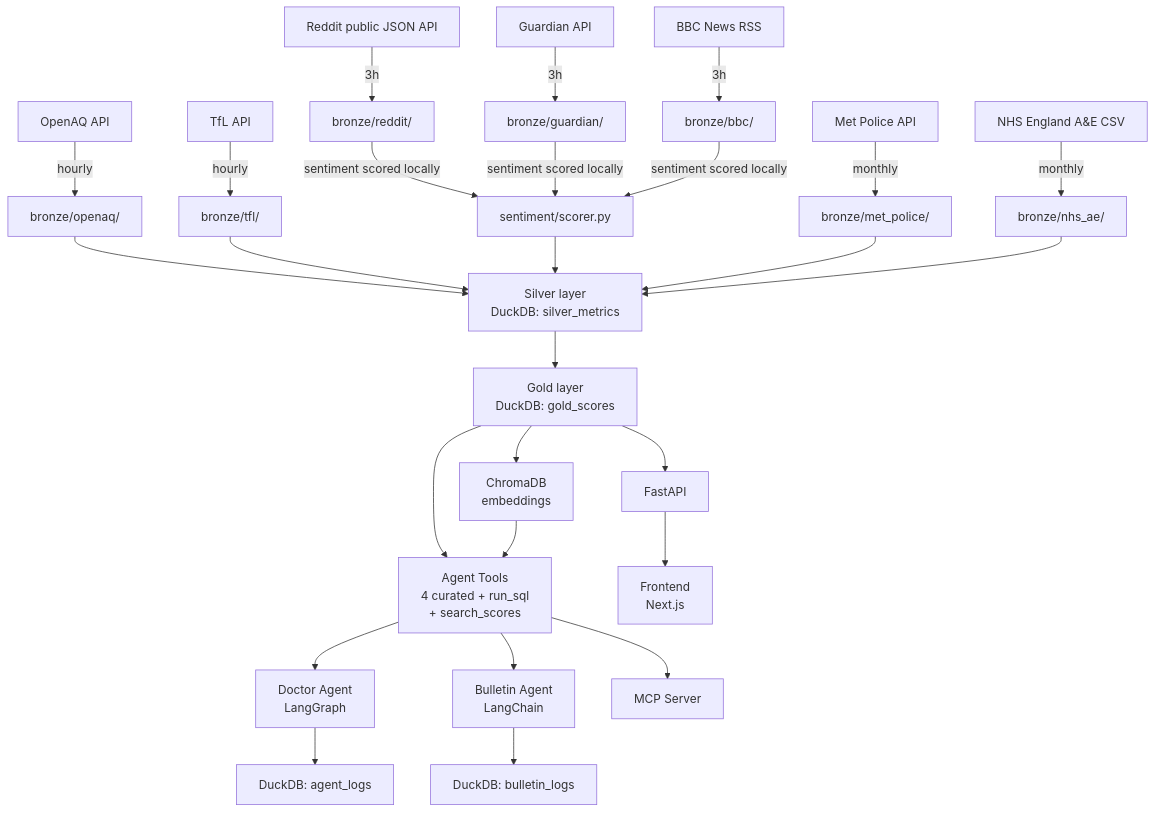
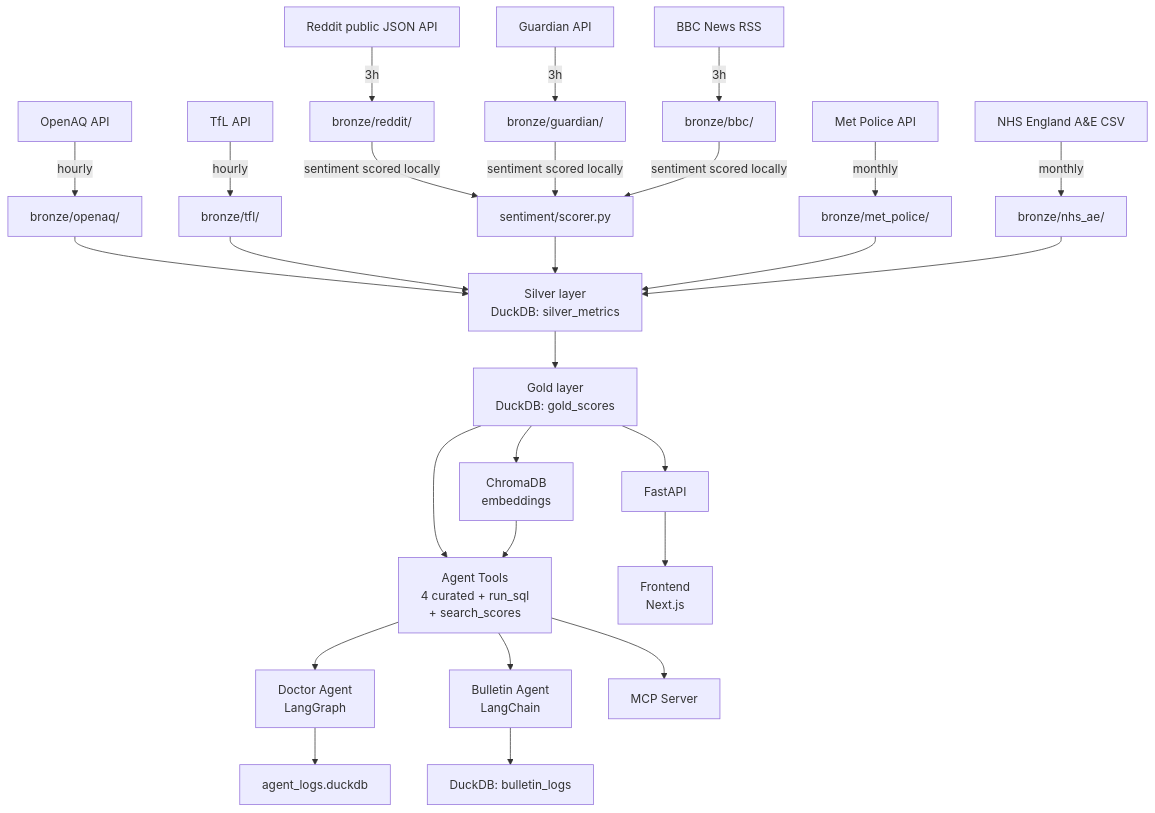
The diagram in docs/lineage.md (ryan-vanagt/city-scan-london), drawn with Mermaid before and after one commit. The commit also changed 24 other files, not shown here.

````diff
--- a/docs/lineage.md
+++ b/docs/lineage.md
@@ -5,33 +5,33 @@
 ```mermaid
 flowchart TD
     OQ[OpenAQ API] -->|hourly| B_OQ[bronze/openaq/]
     TFL[TfL API] -->|hourly| B_TFL[bronze/tfl/]
     RD[Reddit public JSON API] -->|3h| B_RD[bronze/reddit/]
     GD[Guardian API] -->|3h| B_GD[bronze/guardian/]
     BBC[BBC News RSS] -->|3h| B_BBC[bronze/bbc/]
     MP[Met Police API] -->|monthly| B_MP[bronze/met_police/]
     NHS[NHS England A&E CSV] -->|monthly| B_NHS[bronze/nhs_ae/]
 
     B_OQ --> S[Silver layer\nDuckDB: silver_metrics]
     B_TFL --> S
     B_RD -->|sentiment scored locally| SENT[sentiment/scorer.py]
     SENT --> S
     B_GD -->|sentiment scored locally| SENT
     B_BBC -->|sentiment scored locally| SENT
     B_MP --> S
     B_NHS --> S
 
     S --> G[Gold layer\nDuckDB: gold_scores]
     G --> CH[ChromaDB\nembeddings]
 
     G --> TOOLS[Agent Tools\n4 curated + run_sql\n+ search_scores]
     G --> API[FastAPI]
     CH --> TOOLS
 
     TOOLS --> DA[Doctor Agent\nLangGraph]
     TOOLS --> BA[Bulletin Agent\nLangChain]
     TOOLS --> MCP[MCP Server]
     API --> FE[Frontend\nNext.js]
-    DA --> LOGS[DuckDB: agent_logs]
+    DA --> LOGS[agent_logs.duckdb]
     BA --> BLOGS[DuckDB: bulletin_logs]
 ```
````
